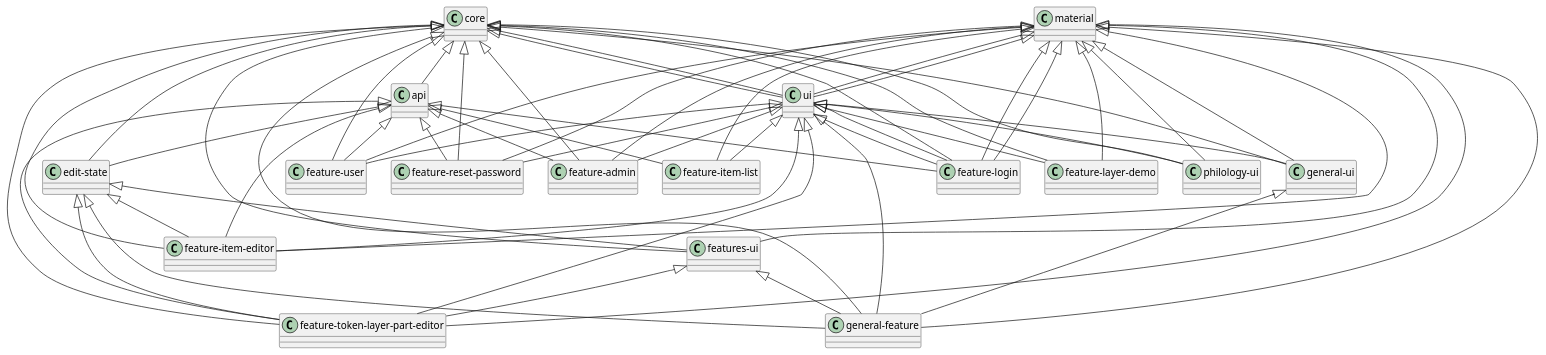
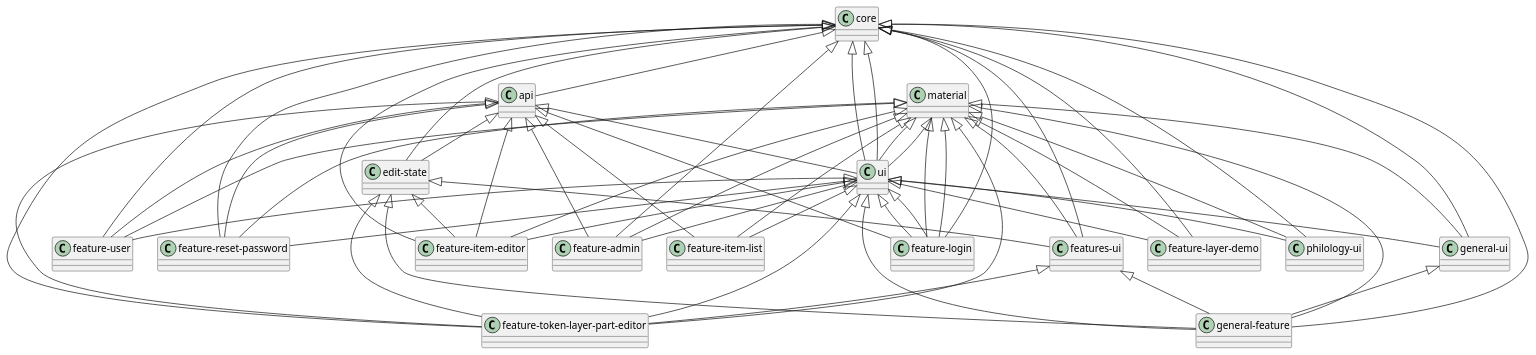
Before and after one commit to vedph/cadmus_web: the diagram in doc/architecture.md, drawn with PlantUML. The commit also changed other lines of this file and 22 other files, not shown here.

````diff
--- a/doc/architecture.md
+++ b/doc/architecture.md
@@ -51,77 +51,78 @@
 ```plantuml
 @startuml
 core <|-- api
 
 core <|-- ui
+api <|-- ui
 material <|-- ui
 
 core <|-- "edit-state"
 api <|-- "edit-state"
 
 material <|-- "feature-login"
 ui <|-- "feature-login"
 
 core <|-- "feature-login"
 material <|-- "feature-login"
 api <|-- "feature-login"
 ui <|-- "feature-login"
 
 core <|-- "feature-user"
 material <|-- "feature-user"
 api <|-- "feature-user"
 ui <|-- "feature-user"
 
 core <|-- "feature-reset-password"
 material <|-- "feature-reset-password"
 api <|-- "feature-reset-password"
 ui <|-- "feature-reset-password"
 
 api <|-- "feature-item-list"
 material <|-- "feature-item-list"
 ui <|-- "feature-item-list"
 
 core <|-- "feature-item-editor"
 material <|-- "feature-item-editor"
 api <|-- "feature-item-editor"
 ui <|-- "feature-item-editor"
 "edit-state" <|-- "feature-item-editor"
 
 core <|-- "feature-token-layer-part-editor"
 material <|-- "feature-token-layer-part-editor"
 api <|-- "feature-token-layer-part-editor"
 ui <|-- "feature-token-layer-part-editor"
 "edit-state" <|-- "feature-token-layer-part-editor"
 "features-ui" <|-- "feature-token-layer-part-editor"
 
 core <|-- "feature-admin"
 material <|-- "feature-admin"
 api <|-- "feature-admin"
 ui <|-- "feature-admin"
 
 core <|-- "features-ui"
 material <|-- "features-ui"
 "edit-state" <|-- "features-ui"
 
 core <|-- "feature-layer-demo"
 material <|-- "feature-layer-demo"
 ui <|-- "feature-layer-demo"
 
 core <|-- "general-ui"
 material <|-- "general-ui"
 ui <|-- "general-ui"
 
 core <|-- "general-feature"
 material <|-- "general-feature"
 ui <|-- "general-feature"
 "general-ui" <|-- "general-feature"
 "edit-state" <|-- "general-feature"
 "features-ui" <|-- "general-feature"
 
 core <|-- "philology-ui"
 material <|-- "philology-ui"
 ui <|-- "philology-ui"
 
 core <|-- ui
 material <|-- ui
 @enduml
 ```
````
